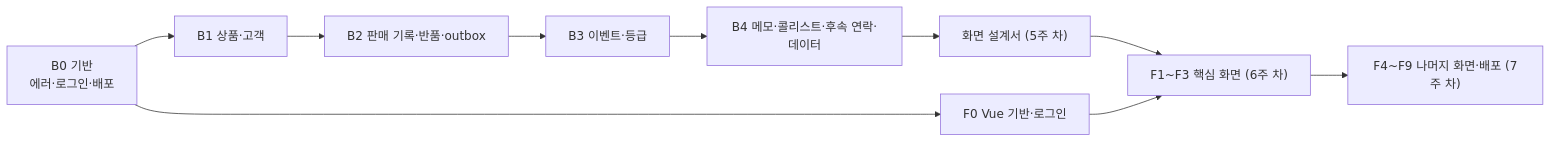
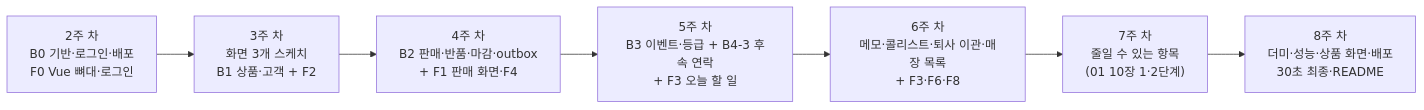
The diagram in docs/dev-plan.md (wjdqudwls/store-crm), drawn with Mermaid before and after one commit. The commit also changed other lines of this file and 11 other files, not shown here.

````diff
--- a/docs/dev-plan.md
+++ b/docs/dev-plan.md
@@ -129,12 +143,9 @@
 ```mermaid
 flowchart LR
-    B0["B0 기반<br/>에러·로그인·배포"] --> B1["B1 상품·고객"]
-    B1 --> B2["B2 판매 기록·반품·outbox"]
-    B2 --> B3["B3 이벤트·등급"]
-    B3 --> B4["B4 메모·콜리스트·후속 연락·데이터"]
-    B0 --> F0["F0 Vue 기반·로그인"]
-    B4 --> D["화면 설계서 (5주 차)"]
-    D --> CORE["F1~F3 핵심 화면 (6주 차)"]
-    F0 --> CORE
-    CORE --> REST["F4~F9 나머지 화면·배포 (7주 차)"]
+    W2["2주 차<br/>B0 기반·로그인·배포<br/>F0 Vue 뼈대·로그인"] --> W3["3주 차<br/>화면 3개 스케치<br/>B1 상품·고객 + F2"]
+    W3 --> W4["4주 차<br/>B2 판매·반품·마감·outbox<br/>+ F1 판매 화면·F4"]
+    W4 --> W5["5주 차<br/>B3 이벤트·등급 + B4-3 후속 연락<br/>+ F3 오늘 할 일"]
+    W5 --> W6["6주 차<br/>메모·콜리스트·퇴사 이관·매장 목록<br/>+ F3·F6·F8"]
+    W6 --> W7["7주 차<br/>줄일 수 있는 항목<br/>(01 10장 1·2단계)"]
+    W7 --> W8["8주 차<br/>더미·성능·상품 화면·배포<br/>30초 최종·README"]
 ```
````
